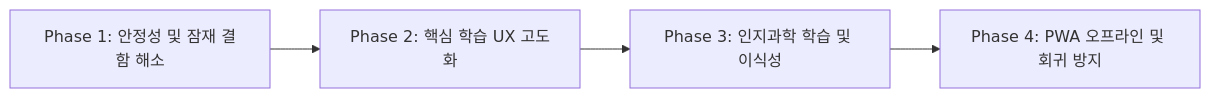
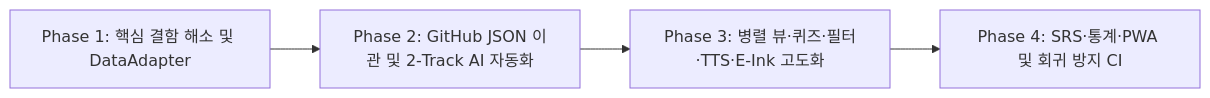
Before and after one commit to RuneKnight/voca_data: the second of 2 diagrams in docs/ENHANCEMENT_PLAN.md, drawn with Mermaid. The commit also changed other lines of this file, not shown here.

Commit message:
docs: revise enhancement plan to GitHub Repo JSON with 2-track Gemini automation

````diff
--- a/docs/ENHANCEMENT_PLAN.md
+++ b/docs/ENHANCEMENT_PLAN.md
@@ -60,9 +236,9 @@
 ```mermaid
 flowchart LR
-    P1["Phase 1: 안정성 및 잠재 결함 해소"]
-    P2["Phase 2: 핵심 학습 UX 고도화"]
-    P3["Phase 3: 인지과학 학습 및 이식성"]
-    P4["Phase 4: PWA 오프라인 및 회귀 방지"]
+    P1["Phase 1: 핵심 결함 해소 및 DataAdapter"]
+    P2["Phase 2: GitHub JSON 이관 및 2-Track AI 자동화"]
+    P3["Phase 3: 병렬 뷰·퀴즈·필터·TTS·E-Ink 고도화"]
+    P4["Phase 4: SRS·통계·PWA 및 회귀 방지 CI"]
 
     P1 --> P2 --> P3 --> P4
 ```
````
